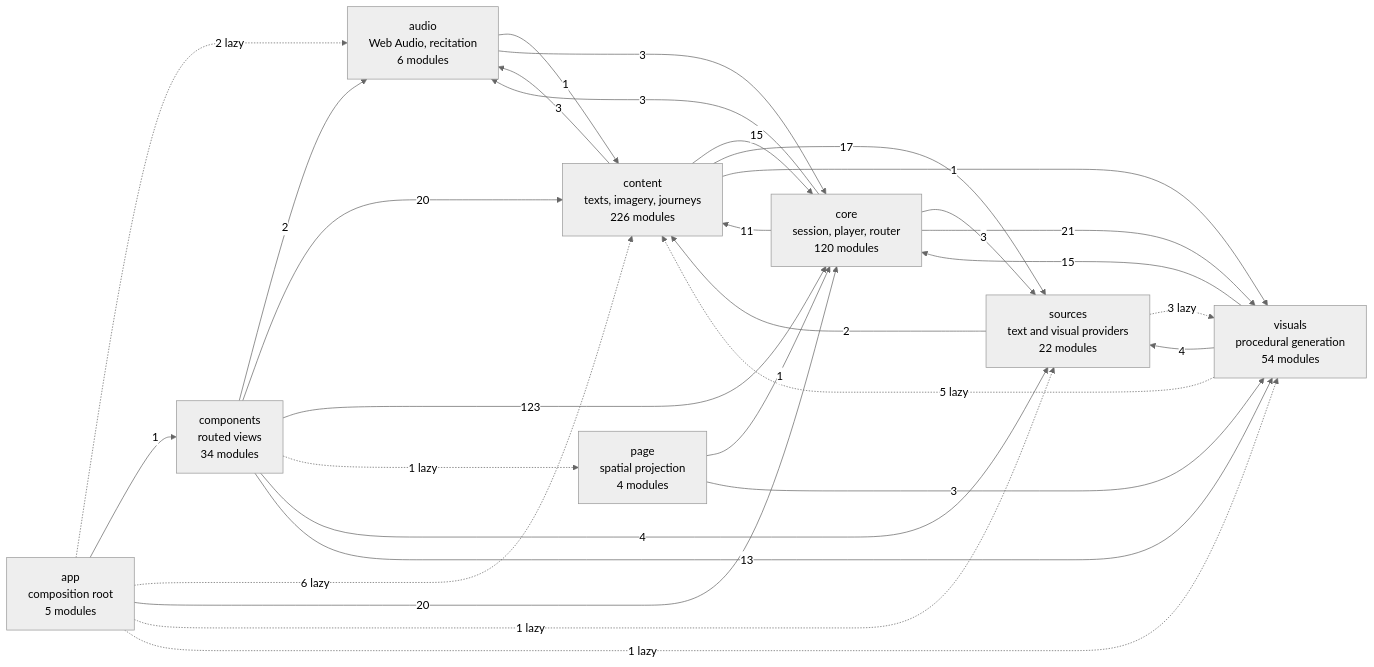
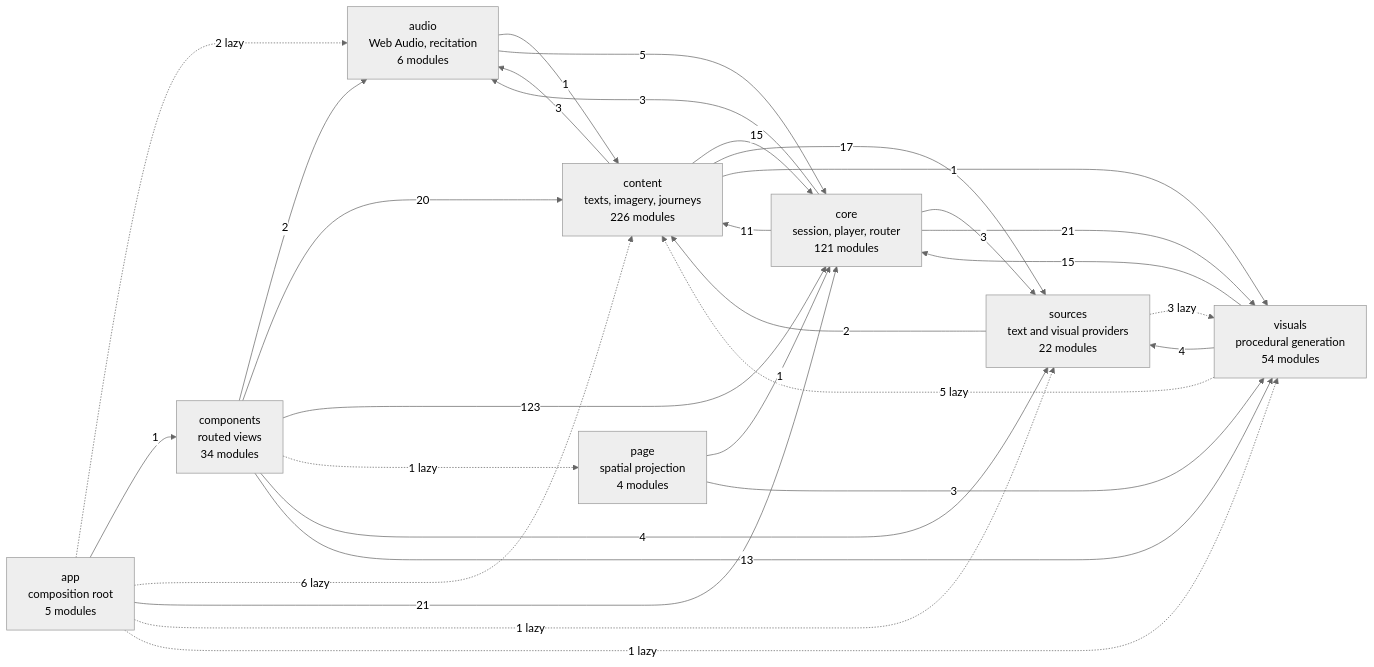
Before and after one commit to SyberLabs/RISE: the diagram in docs/specs/ARCHITECTURE.md, drawn with Mermaid (neutral theme). The commit also changed 4 other files, not shown here.

````diff
--- a/docs/specs/ARCHITECTURE.md
+++ b/docs/specs/ARCHITECTURE.md
@@ -149,41 +149,41 @@
 ```mermaid
 flowchart LR
     app["app<br/>composition root<br/>5 modules"]
     audio["audio<br/>Web Audio, recitation<br/>6 modules"]
     components["components<br/>routed views<br/>34 modules"]
     content["content<br/>texts, imagery, journeys<br/>226 modules"]
-    core["core<br/>session, player, router<br/>120 modules"]
+    core["core<br/>session, player, router<br/>121 modules"]
     page["page<br/>spatial projection<br/>4 modules"]
     sources["sources<br/>text and visual providers<br/>22 modules"]
     visuals["visuals<br/>procedural generation<br/>54 modules"]
 
     app -.-> |2 lazy| audio
     app --> |1| components
     app -.-> |6 lazy| content
-    app --> |20| core
+    app --> |21| core
     app -.-> |1 lazy| sources
     app -.-> |1 lazy| visuals
     audio --> |1| content
-    audio --> |3| core
+    audio --> |5| core
     components --> |2| audio
     components --> |20| content
     components --> |123| core
     components -.-> |1 lazy| page
     components --> |4| sources
     components --> |13| visuals
     content --> |3| audio
     content --> |15| core
     content --> |17| sources
     content --> |1| visuals
     core --> |3| audio
     core --> |11| content
     core --> |3| sources
     core --> |21| visuals
     page --> |1| core
     page --> |3| visuals
     sources --> |2| content
     sources -.-> |3 lazy| visuals
     visuals -.-> |5 lazy| content
     visuals --> |15| core
     visuals --> |4| sources
 ```
````
